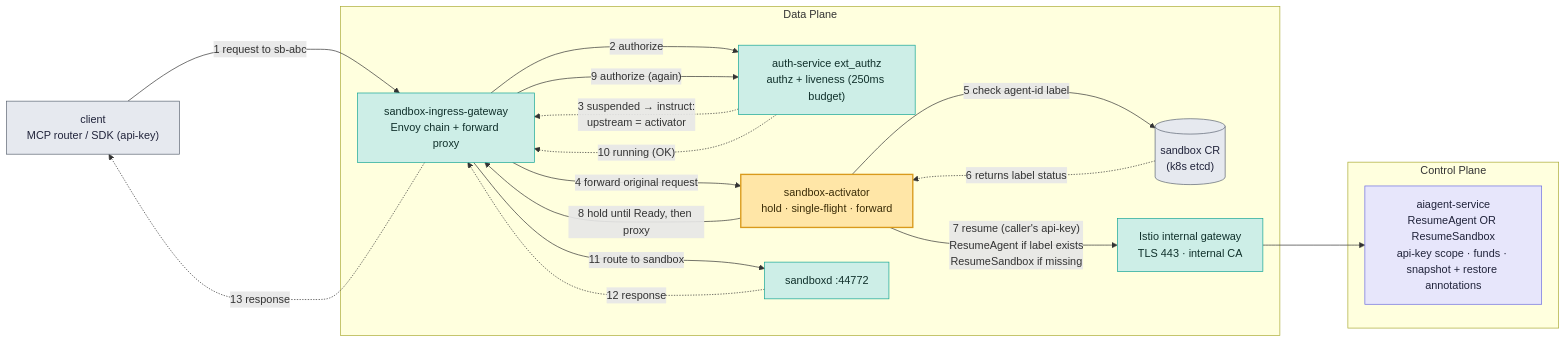
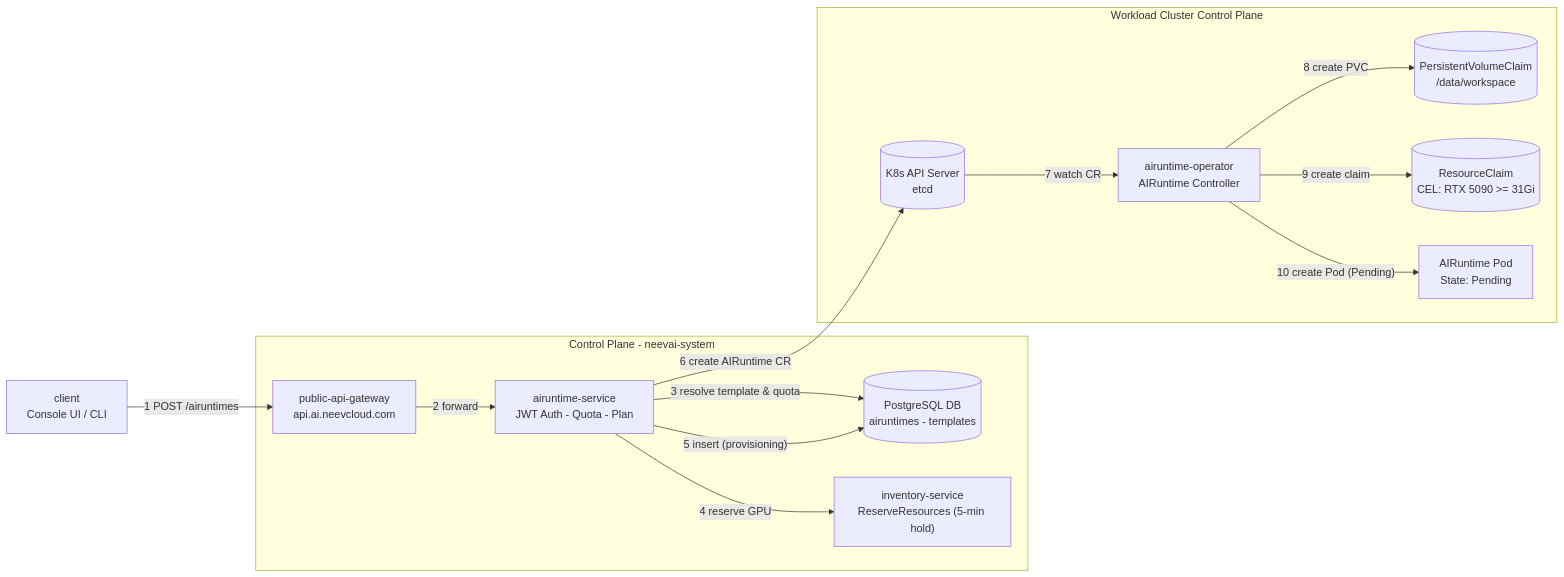
Before and after one commit to chandini1727/documentation-: the first of 3 diagrams in README.md, drawn with Mermaid. The commit also changed other lines of this file, not shown here.

````diff
--- a/README.md
+++ b/README.md
@@ -41,37 +185,35 @@
 ```mermaid
 flowchart LR
-    cl["client<br/>MCP router / SDK (api-key)"]:::store
+    cl["client<br/>Console UI / CLI"]
 
-    subgraph DP [Data Plane]
-        cr[("sandbox CR<br/>(k8s etcd)")]:::store
-        gw["sandbox-ingress-gateway<br/>Envoy chain + forward proxy"]:::dp
-        az["auth-service ext_authz<br/>authz + liveness (250ms budget)"]:::dp
-        act["sandbox-activator<br/>hold · single-flight · forward"]:::star
-        igw["Istio internal gateway<br/>TLS 443 · internal CA"]:::dp
-        sd["sandboxd :44772"]:::dp
+    subgraph CP["Control Plane - neevai-system"]
+        gw["public-api-gateway<br/>api.ai.neevcloud.com"]
+        asvc["airuntime-service<br/>JWT Auth - Quota - Plan"]
+        db[("PostgreSQL DB<br/>airuntimes - templates")]
+        inv["inventory-service<br/>ReserveResources (5-min hold)"]
     end
 
-    subgraph CP [Control Plane]
-        cp["aiagent-service<br/>ResumeAgent OR ResumeSandbox<br/>api-key scope · funds · snapshot + restore annotations"]:::cp
+    subgraph WK["Workload Cluster Control Plane"]
+        k8s[("K8s API Server<br/>etcd")]
+        aop["airuntime-operator<br/>AIRuntime Controller"]
+        pvc[("PersistentVolumeClaim<br/>/data/workspace")]
+        rc[("ResourceClaim<br/>CEL: RTX 5090 >= 31Gi")]
+        pod["AIRuntime Pod<br/>State: Pending"]
     end
 
-    cl --->|"1 request to sb-abc"| gw
-    gw --->|"2 authorize"| az
-    az -..->|"3 suspended → instruct:<br/>upstream = activator"| gw
-    gw --->|"4 forward original request"| act
-    act --->|"5 check agent-id label"| cr
-    cr -..->|"6 returns label status"| act
-    act --->|"7 resume (caller's api-key)<br/>ResumeAgent if label exists<br/>ResumeSandbox if missing"| igw
-    igw ---> cp
-    act --->|"8 hold until Ready, then proxy"| gw
-    gw --->|"9 authorize (again)"| az
-    az -..->|"10 running (OK)"| gw
-    gw --->|"11 route to sandbox"| sd
-    sd -..->|"12 response"| gw
-    gw -..->|"13 response"| cl
+    cl -->|"1 POST /airuntimes"| gw
+    gw -->|"2 forward"| asvc
+    asvc -->|"3 resolve template & quota"| db
+    asvc -->|"4 reserve GPU"| inv
+    asvc -->|"5 insert (provisioning)"| db
+    asvc -->|"6 create AIRuntime CR"| k8s
+    k8s -->|"7 watch CR"| aop
+    aop -->|"8 create PVC"| pvc
+    aop -->|"9 create claim"| rc
+    aop -->|"10 create Pod (Pending)"| pod
 
     classDef cp fill:#e7e6fb,stroke:#6b6be0,color:#20233a
     classDef dp fill:#cdeee7,stroke:#12a594,color:#10302b
     classDef star fill:#ffe6a7,stroke:#d99a1c,stroke-width:2px,color:#3a2c07
     classDef store fill:#e6e9ef,stroke:#5b6472,color:#20233a
 ```
````
